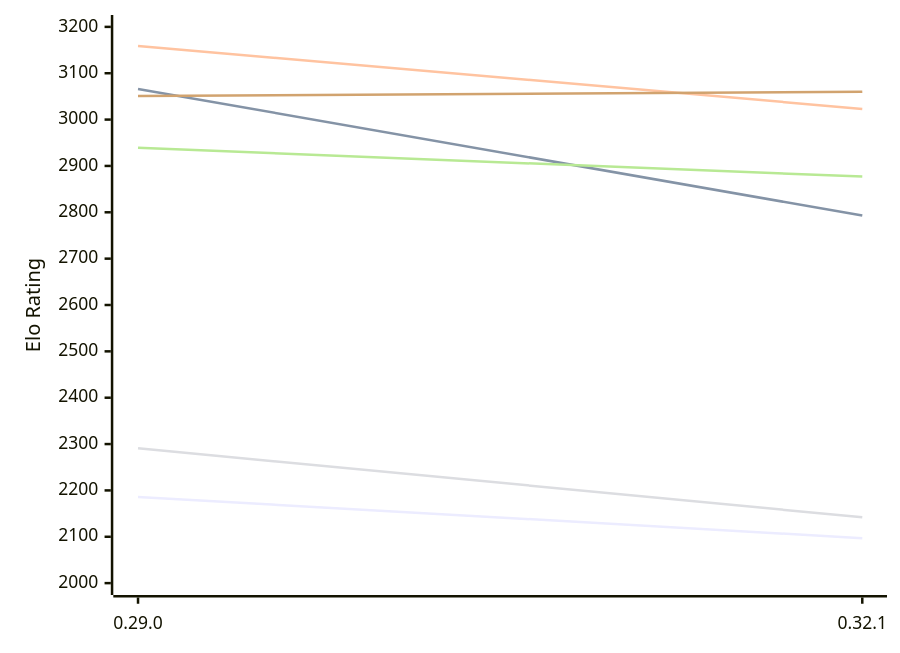
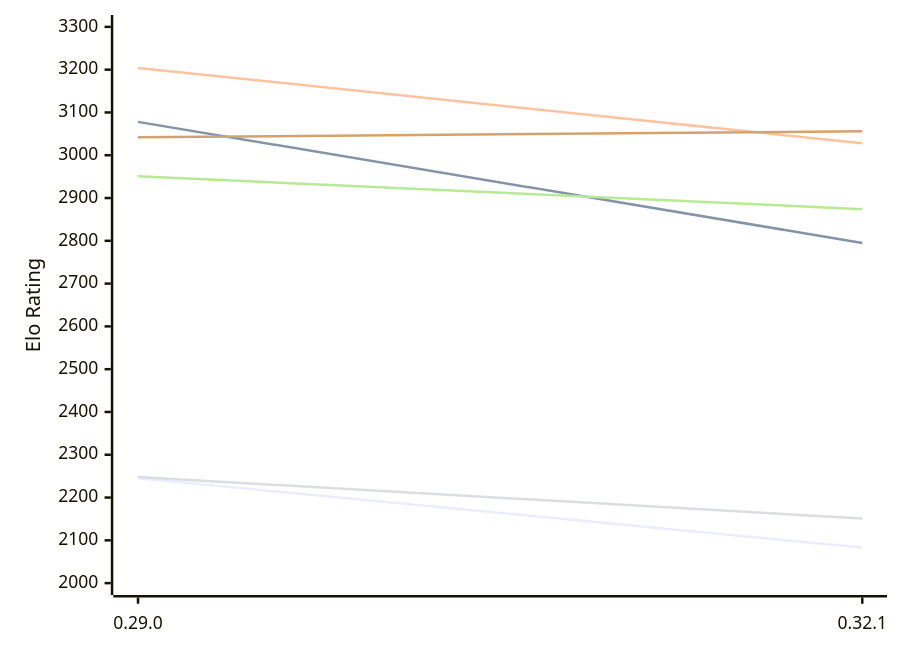
Before and after one commit to computer-chess-index/cci: the first of 2 diagrams in engines/Lc0.md, drawn with Mermaid. The commit also changed other lines of this file, not shown here.

Commit message:
Update CCI Ratings (ELO VLTC) - 2026-11-15

````diff
--- a/engines/Lc0.md
+++ b/engines/Lc0.md
@@ -50,12 +50,12 @@
 ```mermaid
 %%{init: {"theme":"base","themeVariables":{"seriesColors:['#a3a3a3','#222221','#faa371']}}}%%
 xychart-beta
   x-axis ["0.29.0", "0.32.1"]
-  y-axis "Elo Rating" 2000 --> 3200
-  line "E1: STC (8.0+0.08s)" [2186, 2097]
-  line "E1: LTC (60.0+0.60s)" [3066, 2793]
-  line "E1: VLTC (2m24s+1.12s)" [3159, 3023]
-  line "P1: STC (8.0+0.08s)" [2291, 2142]
-  line "P1: LTC (60.0+0.60s)" [2939, 2877]
-  line "P1: VLTC (2m24s+1.12s)" [3051, 3060]
+  y-axis "Elo Rating" 2000 --> 3300
+  line "E1: STC (8.0+0.08s)" [2245, 2083]
+  line "E1: LTC (60.0+0.60s)" [3078, 2795]
+  line "E1: VLTC (2m24s+1.12s)" [3204, 3028]
+  line "P1: STC (8.0+0.08s)" [2248, 2151]
+  line "P1: LTC (60.0+0.60s)" [2951, 2874]
+  line "P1: VLTC (2m24s+1.12s)" [3042, 3056]
 ```
````
